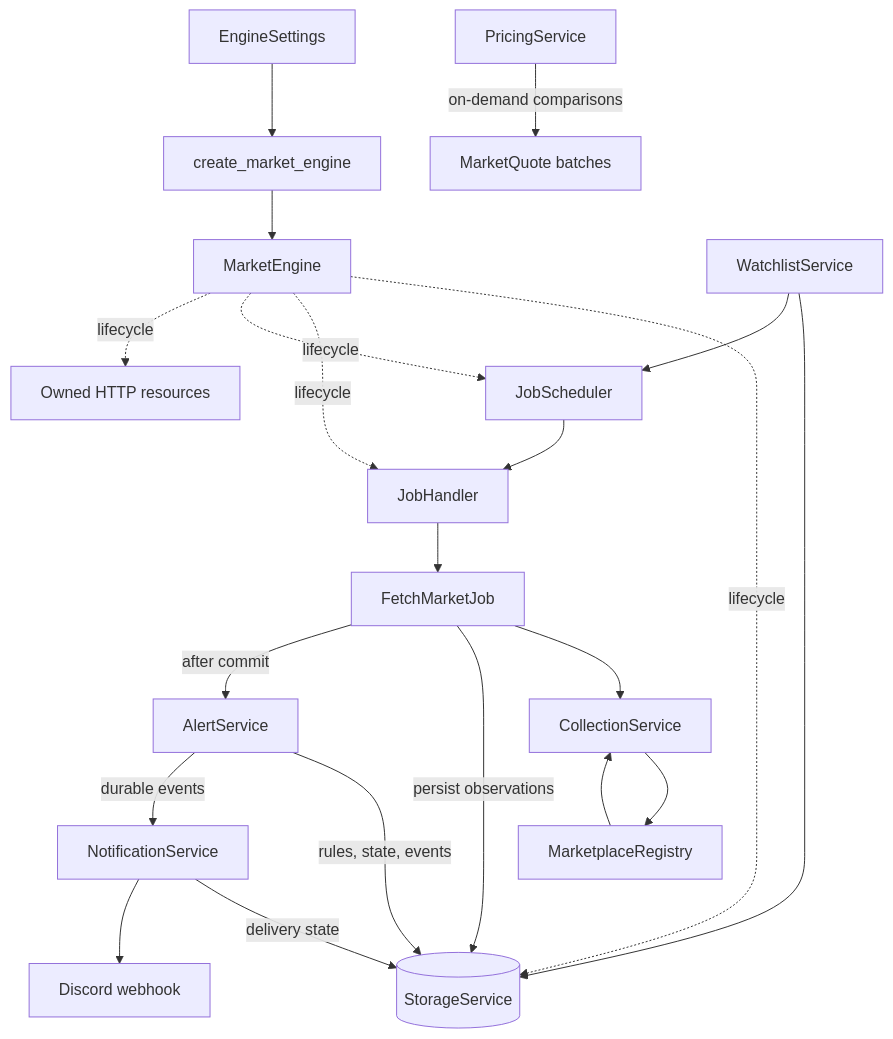
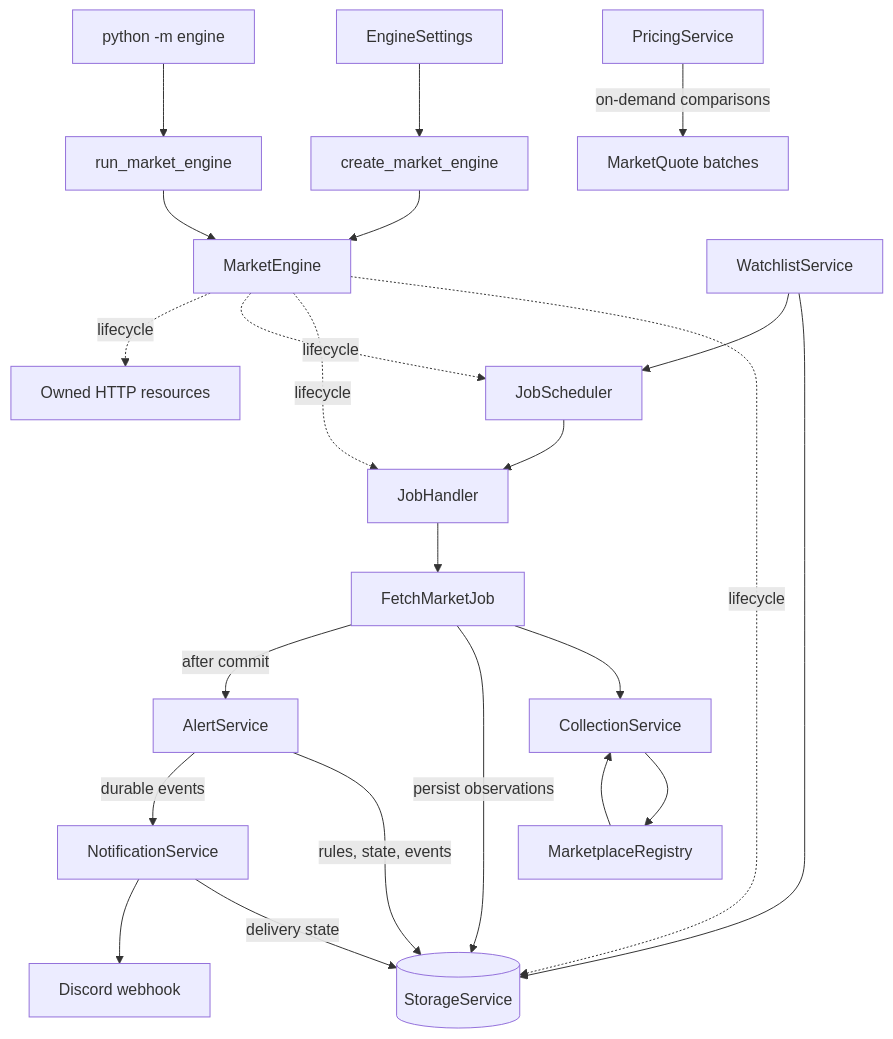
Before and after one commit to maciejL03/price-oracle: the first of 4 diagrams in backend/engine/README.md, drawn with Mermaid. The commit also changed other lines of this file and 17 other files, not shown here.

````diff
--- a/backend/engine/README.md
+++ b/backend/engine/README.md
@@ -13,24 +18,26 @@
 ```mermaid
 flowchart TD
+    Process[python -m engine] --> Runtime[run_market_engine]
     Settings[EngineSettings] --> Bootstrap[create_market_engine]
     Bootstrap --> Engine[MarketEngine]
+    Runtime --> Engine
     Engine -. lifecycle .-> Storage[(StorageService)]
     Engine -. lifecycle .-> Handler[JobHandler]
     Engine -. lifecycle .-> Scheduler[JobScheduler]
     Engine -. lifecycle .-> Resources[Owned HTTP resources]
 
     Registry[MarketplaceRegistry] --> Collection[CollectionService]
     Watchlists[WatchlistService] --> Storage
     Watchlists --> Scheduler
     Scheduler --> Handler
     Handler --> Fetch[FetchMarketJob]
     Fetch --> Collection
     Collection --> Registry
     Fetch -->|persist observations| Storage
     Fetch -->|after commit| Alerts[AlertService]
     Alerts -->|rules, state, events| Storage
     Alerts -->|durable events| Notifications[NotificationService]
     Notifications -->|delivery state| Storage
     Notifications --> Discord[Discord webhook]
     Pricing[PricingService] -->|on-demand comparisons| Quotes[MarketQuote batches]
 ```
````
